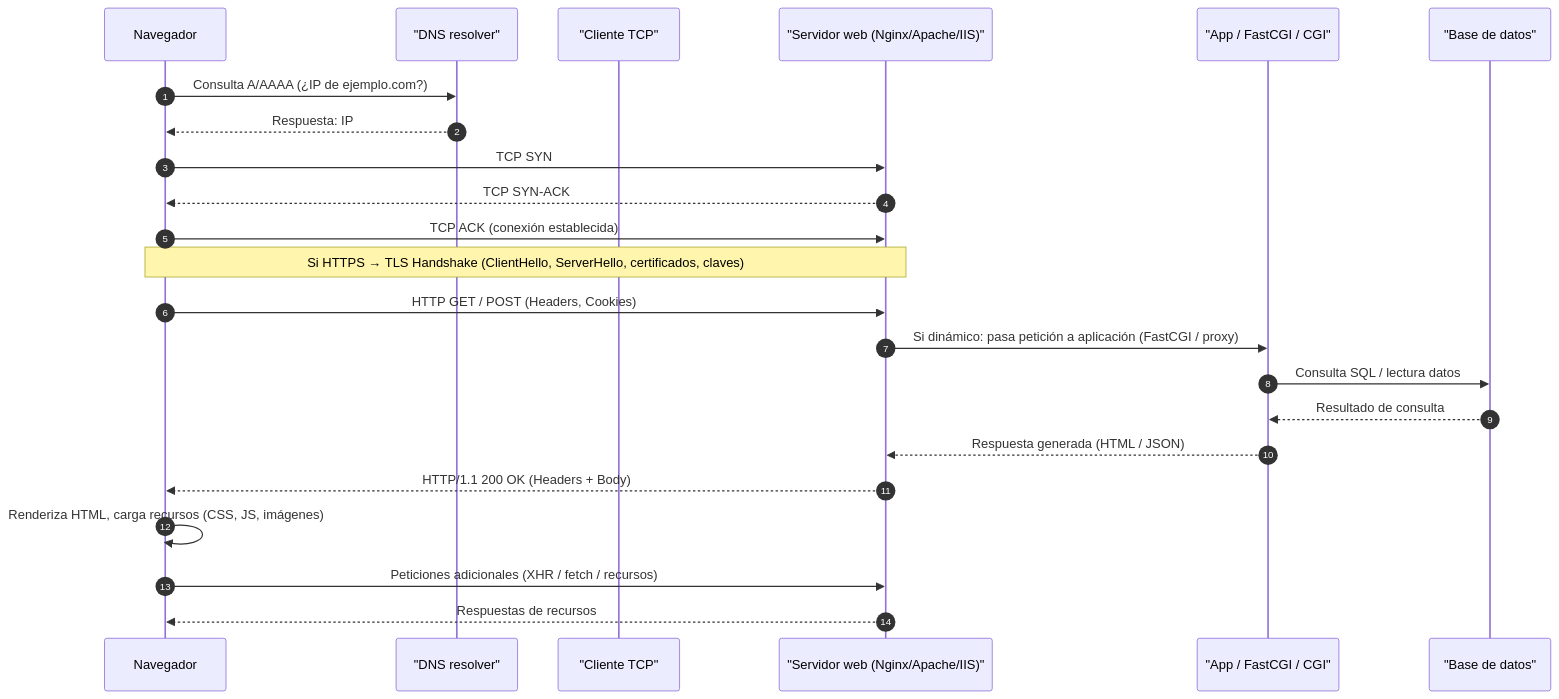
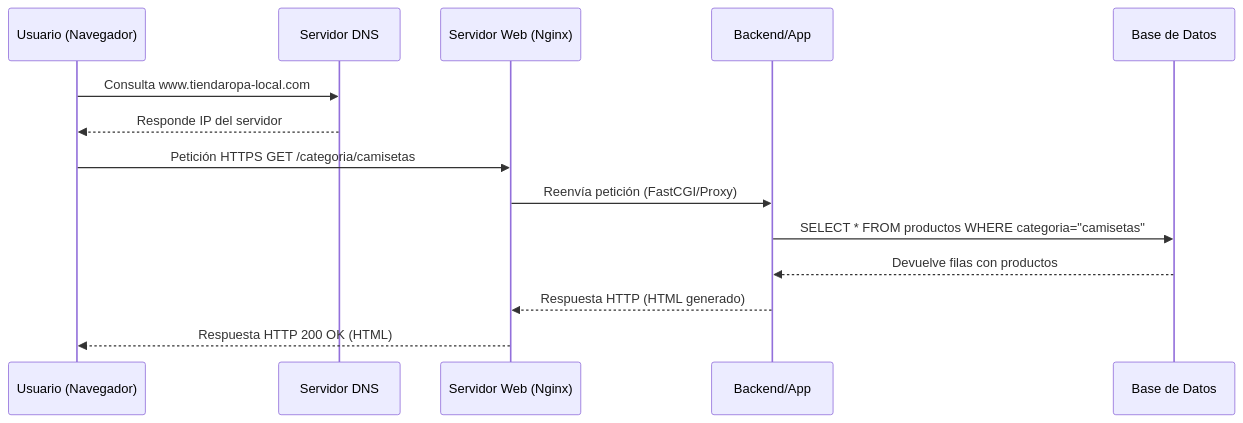
Before and after one commit to rbespada/Docker_IAW: the diagram in README.md, drawn with Mermaid. The commit also changed other lines of this file, not shown here.

First line of the commit message:
Revise README for Docker-based web application project

````diff
--- a/README.md
+++ b/README.md
@@ -43,26 +189,17 @@
 ```mermaid
 sequenceDiagram
-    autonumber
-    participant Navegador
-    participant DNS as "DNS resolver"
-    participant ClienteTCP as "Cliente TCP"
-    participant Servidor as "Servidor web (Nginx/Apache/IIS)"
-    participant App as "App / FastCGI / CGI"
-    participant BD as "Base de datos"
+    participant U as Usuario (Navegador)
+    participant DNS as Servidor DNS
+    participant N as Servidor Web (Nginx)
+    participant B as Backend/App
+    participant DB as Base de Datos
 
-    Navegador->>DNS: Consulta A/AAAA (¿IP de ejemplo.com?)
-    DNS-->>Navegador: Respuesta: IP
-    Navegador->>Servidor: TCP SYN
-    Servidor-->>Navegador: TCP SYN-ACK
-    Navegador->>Servidor: TCP ACK (conexión establecida)
-    Note over Navegador,Servidor: Si HTTPS → TLS Handshake (ClientHello, ServerHello, certificados, claves)
-    Navegador->>Servidor: HTTP GET / POST (Headers, Cookies)
-    Servidor->>App: Si dinámico: pasa petición a aplicación (FastCGI / proxy)
-    App->>BD: Consulta SQL / lectura datos
-    BD-->>App: Resultado de consulta
-    App-->>Servidor: Respuesta generada (HTML / JSON)
-    Servidor-->>Navegador: HTTP/1.1 200 OK (Headers + Body)
-    Navegador->>Navegador: Renderiza HTML, carga recursos (CSS, JS, imágenes)
-    Navegador->>Servidor: Peticiones adicionales (XHR / fetch / recursos)
-    Servidor-->>Navegador: Respuestas de recursos
+    U->>DNS: Consulta www.tiendaropa-local.com
+    DNS-->>U: Responde IP del servidor
+    U->>N: Petición HTTPS GET /categoria/camisetas
+    N->>B: Reenvía petición (FastCGI/Proxy)
+    B->>DB: SELECT * FROM productos WHERE categoria="camisetas"
+    DB-->>B: Devuelve filas con productos
+    B-->>N: Respuesta HTTP (HTML generado)
+    N-->>U: Respuesta HTTP 200 OK (HTML)
 ```
````
